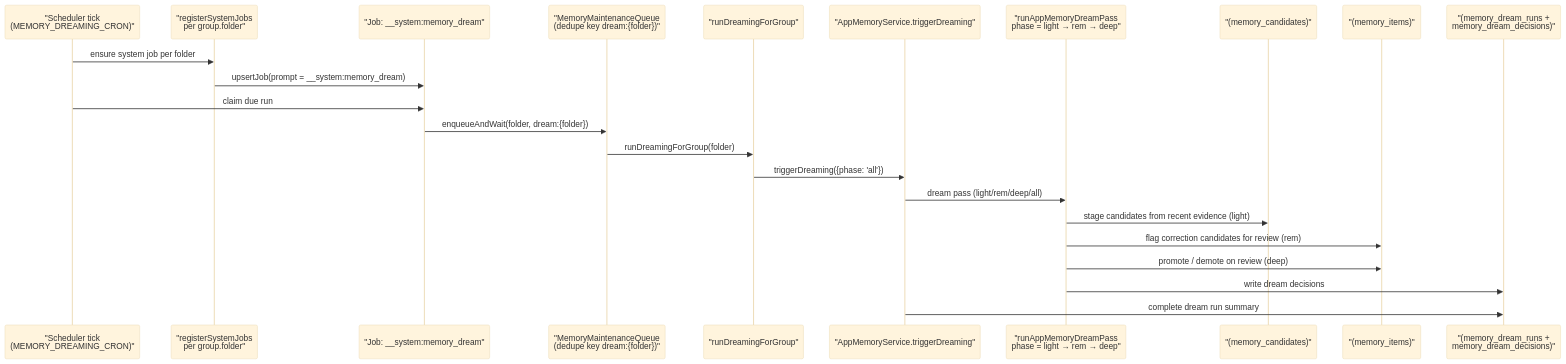
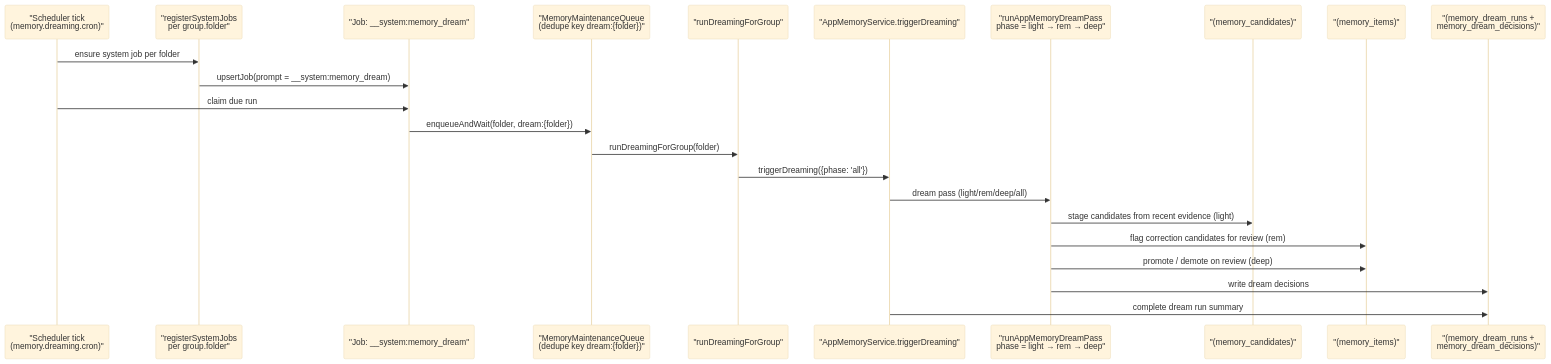
Diagram 12 of 12 in docs/architecture/overview.md (cawstudios/Agent.Gantry), drawn with Mermaid (base theme) before and after one commit. The commit also changed other lines of this file and 131 other files, not shown here.

````diff
--- a/docs/architecture/overview.md
+++ b/docs/architecture/overview.md
@@ -626,26 +626,26 @@
 ```mermaid
 sequenceDiagram
-  participant Sched as "Scheduler tick<br/>(MEMORY_DREAMING_CRON)"
+  participant Sched as "Scheduler tick<br/>(memory.dreaming.cron)"
   participant Sys as "registerSystemJobs<br/>per group.folder"
   participant Job as "Job: __system:memory_dream"
   participant Q as "MemoryMaintenanceQueue<br/>(dedupe key dream:{folder})"
   participant Runner as "runDreamingForGroup"
   participant Service as "AppMemoryService.triggerDreaming"
   participant Pass as "runAppMemoryDreamPass<br/>phase = light → rem → deep"
   participant Cand as "(memory_candidates)"
   participant Items as "(memory_items)"
   participant Audit as "(memory_dream_runs +<br/>memory_dream_decisions)"
 
   Sched->>Sys: ensure system job per folder
   Sys->>Job: upsertJob(prompt = __system:memory_dream)
   Sched->>Job: claim due run
   Job->>Q: enqueueAndWait(folder, dream:{folder})
   Q->>Runner: runDreamingForGroup(folder)
   Runner->>Service: triggerDreaming({phase: 'all'})
   Service->>Pass: dream pass (light/rem/deep/all)
   Pass->>Cand: stage candidates from recent evidence (light)
   Pass->>Items: flag correction candidates for review (rem)
   Pass->>Items: promote / demote on review (deep)
   Pass->>Audit: write dream decisions
   Service->>Audit: complete dream run summary
 ```
````
